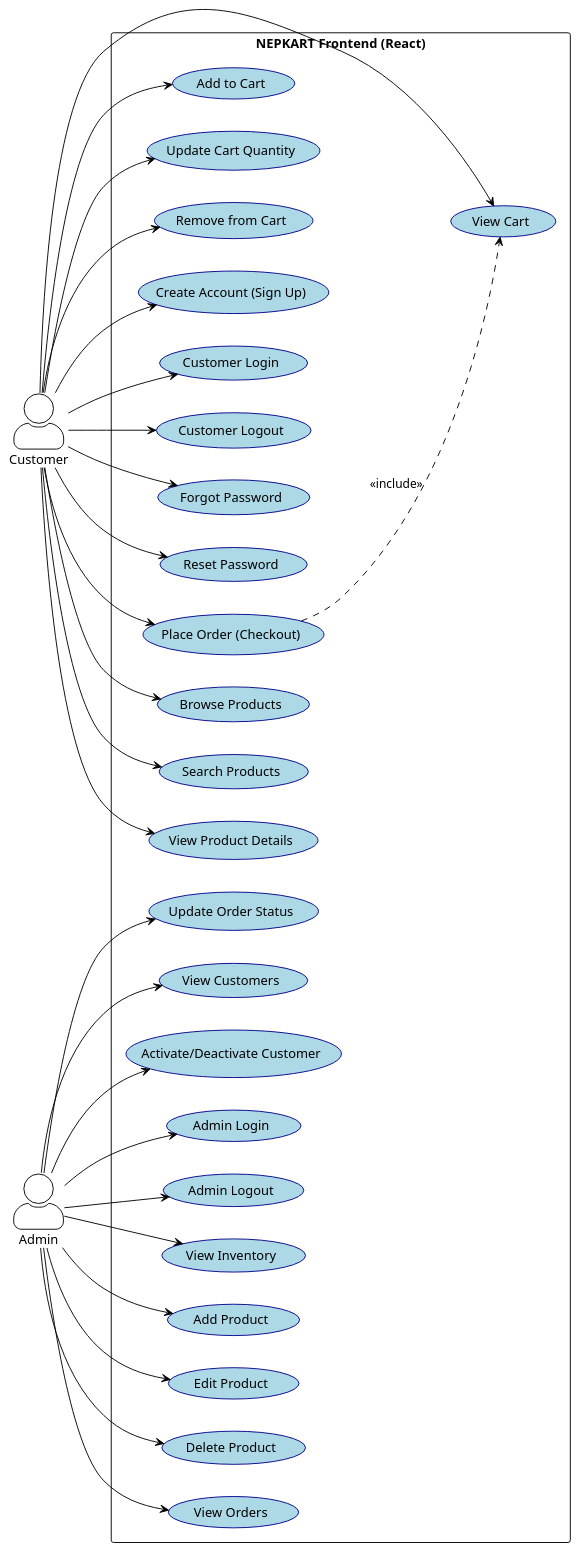
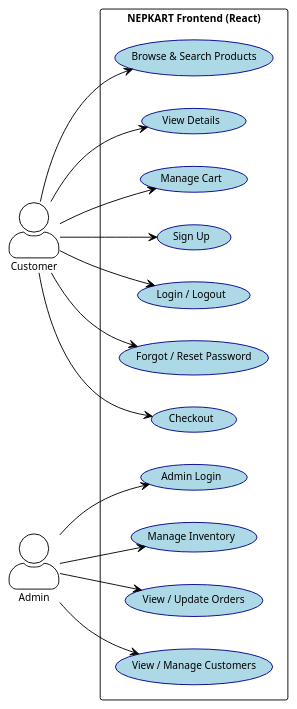
One commit to satchitbasnet/nepkart changed the diagram in docs/use-case-frontend.puml. Above: the diagram before and after it, drawn with PlantUML. The commit also changed 17 other files, not shown here.

First line of the commit message:
Supabase default, H2 fallback, sequence diagrams, landscape use case diagrams

```diff
--- a/docs/use-case-frontend.puml
+++ b/docs/use-case-frontend.puml
@@ -1,66 +1,45 @@
 @startuml NEPKART-Frontend-UseCases
+' Landscape format for presentations - export as PNG/SVG at plantuml.com
 !theme plain
 skinparam actorStyle awesome
 skinparam useCase {
   BackgroundColor LightBlue
   BorderColor DarkBlue
 }
-
+skinparam pagesize 1600x900
+skinparam defaultFontSize 11
+' Force landscape: width > height, left-to-right layout
 left to right direction
 
 actor "Customer" as Customer
 actor "Admin" as Admin
 
 rectangle "NEPKART Frontend (React)" {
-  usecase "Browse Products" as UC1
-  usecase "Search Products" as UC2
-  usecase "View Product Details" as UC3
-  usecase "Add to Cart" as UC4
-  usecase "Update Cart Quantity" as UC5
-  usecase "Remove from Cart" as UC6
-  usecase "View Cart" as UC7
-  usecase "Create Account (Sign Up)" as UC8
-  usecase "Customer Login" as UC9
-  usecase "Customer Logout" as UC10
-  usecase "Forgot Password" as UC11
-  usecase "Reset Password" as UC12
-  usecase "Place Order (Checkout)" as UC13
-  usecase "Admin Login" as UC14
-  usecase "Admin Logout" as UC15
-  usecase "View Inventory" as UC16
-  usecase "Add Product" as UC17
-  usecase "Edit Product" as UC18
-  usecase "Delete Product" as UC19
-  usecase "View Orders" as UC20
-  usecase "Update Order Status" as UC21
-  usecase "View Customers" as UC22
-  usecase "Activate/Deactivate Customer" as UC23
+  ' Customer - consolidated
+  usecase "Browse & Search Products" as UC1
+  usecase "View Details" as UC2
+  usecase "Manage Cart" as UC3
+  usecase "Sign Up" as UC4
+  usecase "Login / Logout" as UC5
+  usecase "Forgot / Reset Password" as UC6
+  usecase "Checkout" as UC7
+  ' Admin
+  usecase "Admin Login" as UC8
+  usecase "Manage Inventory" as UC9
+  usecase "View / Update Orders" as UC10
+  usecase "View / Manage Customers" as UC11
 }
 
 Customer --> UC1
 Customer --> UC2
 Customer --> UC3
 Customer --> UC4
 Customer --> UC5
 Customer --> UC6
 Customer --> UC7
-Customer --> UC8
-Customer --> UC9
-Customer --> UC10
-Customer --> UC11
-Customer --> UC12
-Customer --> UC13
 
-Admin --> UC14
-Admin --> UC15
-Admin --> UC16
-Admin --> UC17
-Admin --> UC18
-Admin --> UC19
-Admin --> UC20
-Admin --> UC21
-Admin --> UC22
-Admin --> UC23
-
-UC13 ..> UC7 : <<include>>
+Admin --> UC8
+Admin --> UC9
+Admin --> UC10
+Admin --> UC11
 @enduml
```
